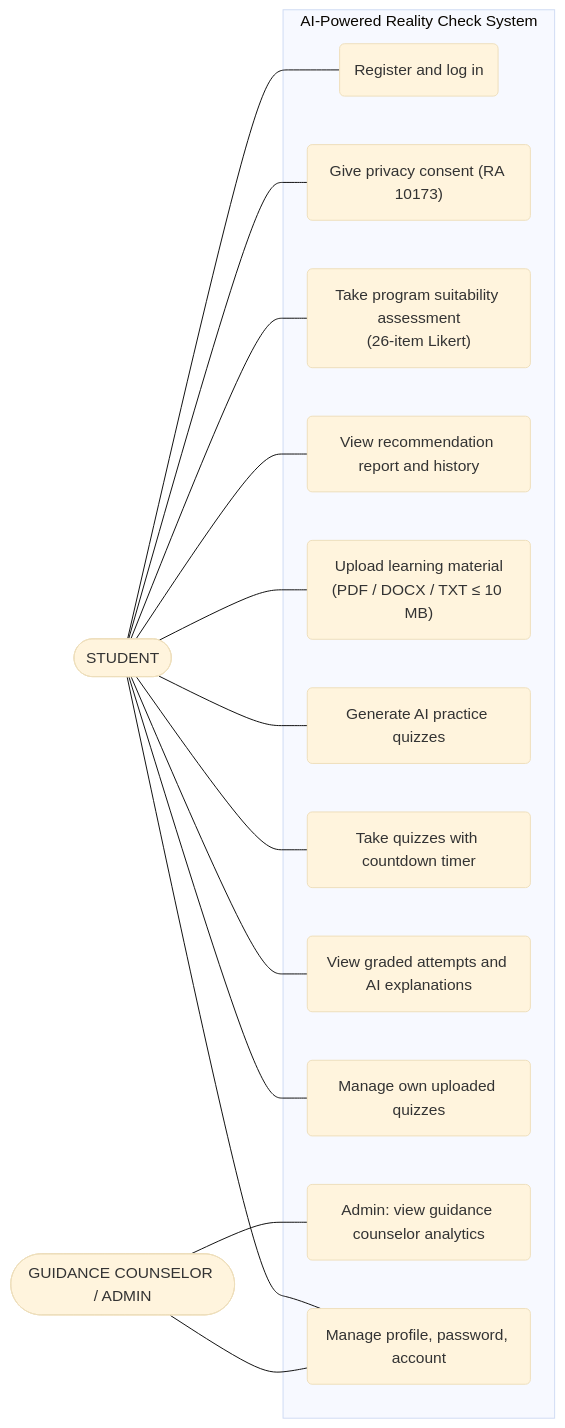
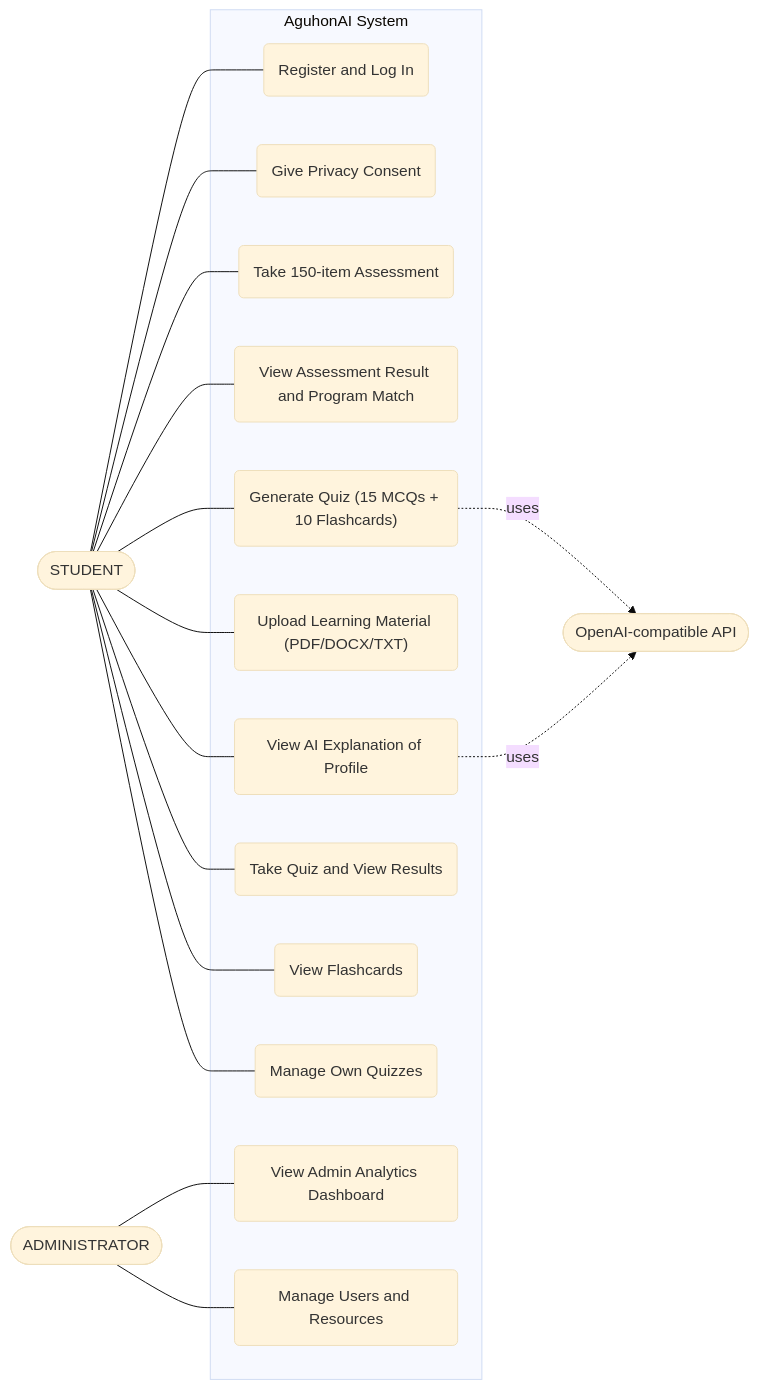
The diagram in docs/thesis-diagrams/11-usecase-diagram.md (natsuck/aguhonai), drawn with Mermaid (base theme) before and after one commit. The commit also changed other lines of this file and 20 other files, not shown here.

Commit message:
added diagrams

````diff
--- a/docs/thesis-diagrams/11-usecase-diagram.md
+++ b/docs/thesis-diagrams/11-usecase-diagram.md
@@ -3,32 +3,36 @@
 ```mermaid
 flowchart LR
     S([STUDENT])
-    C([GUIDANCE COUNSELOR / ADMIN])
+    A([ADMINISTRATOR])
+    API([OpenAI-compatible API])
 
-    subgraph SYSTEM["AI-Powered Reality Check System"]
-        UC1("Register and log in")
-        UC2("Give privacy consent (RA 10173)")
-        UC3("Take program suitability assessment<br/>(26-item Likert)")
-        UC4("View recommendation report and history")
-        UC5("Upload learning material<br/>(PDF / DOCX / TXT ≤ 10 MB)")
-        UC6("Generate AI practice quizzes")
-        UC7("Take quizzes with countdown timer")
-        UC8("View graded attempts and AI explanations")
-        UC10("Manage own uploaded quizzes")
-        UC11("Admin: view guidance counselor analytics")
-        UC12("Manage profile, password, account")
+    subgraph SYSTEM["AguhonAI System"]
+        UC1("Register and Log In")
+        UC2("Give Privacy Consent")
+        UC3("Take 150-item Assessment")
+        UC4("View Assessment Result and Program Match")
+        UC5("View AI Explanation of Profile")
+        UC6("Upload Learning Material (PDF/DOCX/TXT)")
+        UC7("Generate Quiz (15 MCQs + 10 Flashcards)")
+        UC8("Take Quiz and View Results")
+        UC9("View Flashcards")
+        UC10("Manage Own Quizzes")
+        UC11("View Admin Analytics Dashboard")
+        UC12("Manage Users and Resources")
     end
 
     S --- UC1
     S --- UC2
     S --- UC3
     S --- UC4
     S --- UC5
     S --- UC6
     S --- UC7
     S --- UC8
+    S --- UC9
     S --- UC10
-    S --- UC12
-    C --- UC11
-    C --- UC12
+    A --- UC11
+    A --- UC12
+    UC7 -. "uses" .-> API
+    UC5 -. "uses" .-> API
 ```
````
